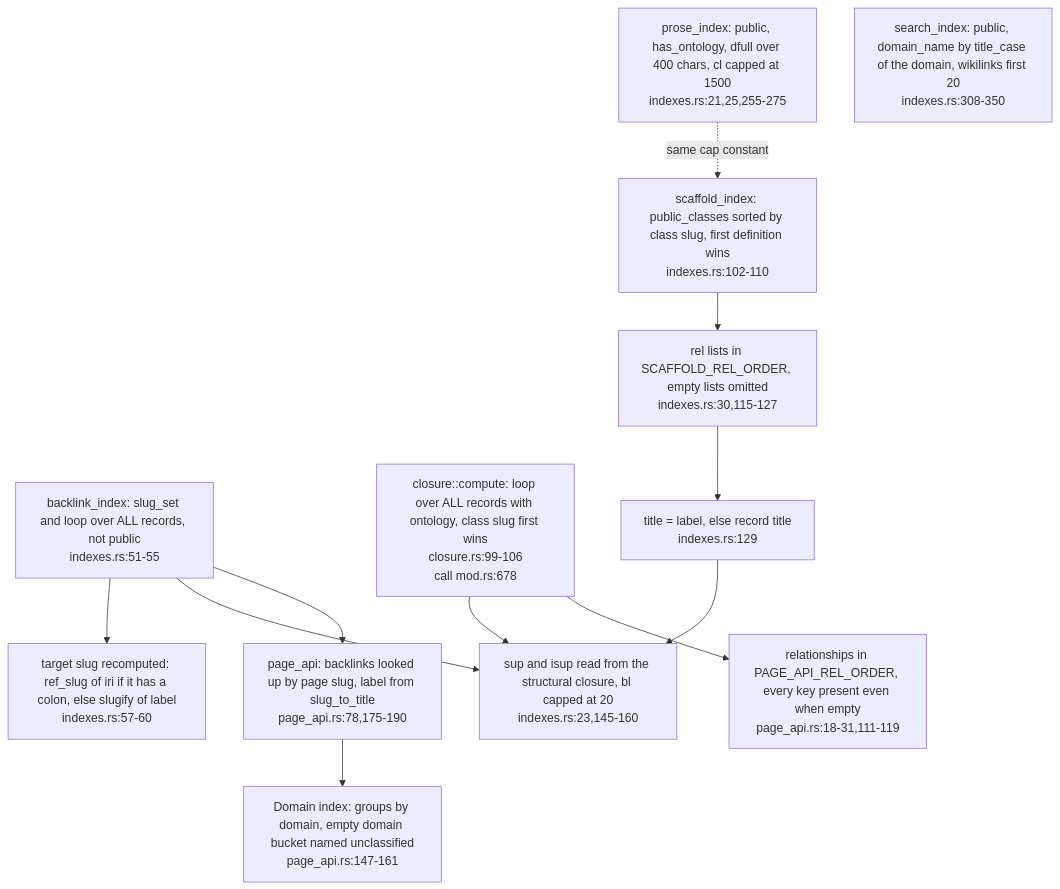
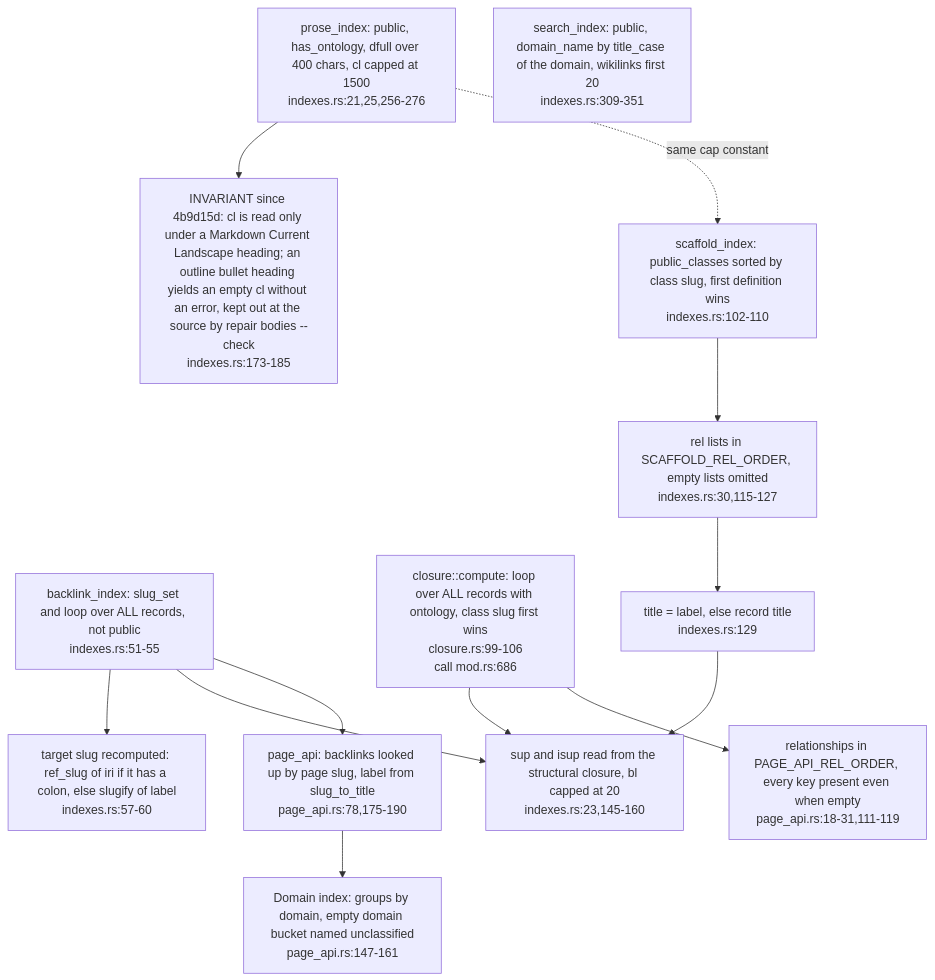
One commit to DreamLab-AI/VisionFlow changed the fifth of 7 diagrams in docs/diagrams/ontomark/04-emitters-turtle-indexes-tiers-and-contract-c3.md. Above: the diagram before and after it, drawn with Mermaid. The commit also changed other lines of this file and 91 other files, not shown here.

````diff
--- a/docs/diagrams/ontomark/04-emitters-turtle-indexes-tiers-and-contract-c3.md
+++ b/docs/diagrams/ontomark/04-emitters-turtle-indexes-tiers-and-contract-c3.md
@@ -182,23 +182,25 @@
 ```mermaid
 flowchart TD
     BL["backlink_index: slug_set and loop over ALL records, not public<br/>indexes.rs:51-55"]
     BLSLUG["target slug recomputed: ref_slug of iri if it has a colon, else slugify of label<br/>indexes.rs:57-60"]
-    CLO["closure::compute: loop over ALL records with ontology, class slug first wins<br/>closure.rs:99-106<br/>call mod.rs:678"]
+    CLO["closure::compute: loop over ALL records with ontology, class slug first wins<br/>closure.rs:99-106<br/>call mod.rs:686"]
     SC["scaffold_index: public_classes sorted by class slug, first definition wins<br/>indexes.rs:102-110"]
     SCREL["rel lists in SCAFFOLD_REL_ORDER, empty lists omitted<br/>indexes.rs:30,115-127"]
     SCTITLE["title = label, else record title<br/>indexes.rs:129"]
     SCSUP["sup and isup read from the structural closure, bl capped at 20<br/>indexes.rs:23,145-160"]
-    PR["prose_index: public, has_ontology, dfull over 400 chars, cl capped at 1500<br/>indexes.rs:21,25,255-275"]
-    SE["search_index: public, domain_name by title_case of the domain, wikilinks first 20<br/>indexes.rs:308-350"]
+    PR["prose_index: public, has_ontology, dfull over 400 chars, cl capped at 1500<br/>indexes.rs:21,25,256-276"]
+    PRCL["INVARIANT since 4b9d15d: cl is read only under a Markdown Current Landscape heading; an outline bullet heading yields an empty cl without an error, kept out at the source by repair bodies --check<br/>indexes.rs:173-185"]
+    PR --> PRCL
+    SE["search_index: public, domain_name by title_case of the domain, wikilinks first 20<br/>indexes.rs:309-351"]
     PGS["page_api: backlinks looked up by page slug, label from slug_to_title<br/>page_api.rs:78,175-190"]
     PGD["Domain index: groups by domain, empty domain bucket named unclassified<br/>page_api.rs:147-161"]
     PGREL["relationships in PAGE_API_REL_ORDER, every key present even when empty<br/>page_api.rs:18-31,111-119"]
     BL --> BLSLUG
     BL --> SCSUP
     BL --> PGS
     CLO --> SCSUP
     CLO --> PGREL
     SC --> SCREL --> SCTITLE --> SCSUP
     PR -. same cap constant .-> SC
     PGS --> PGD
 ```
````
